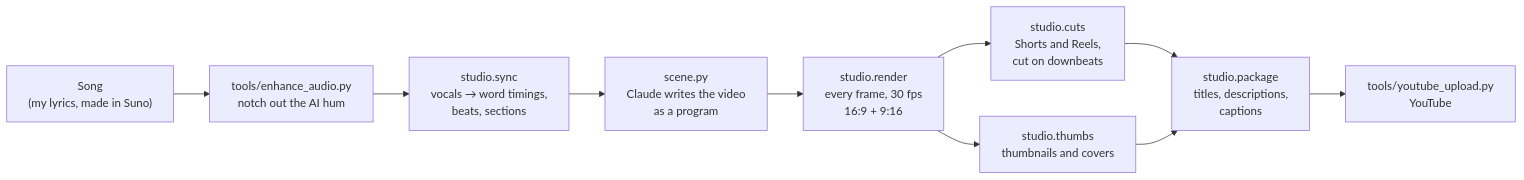
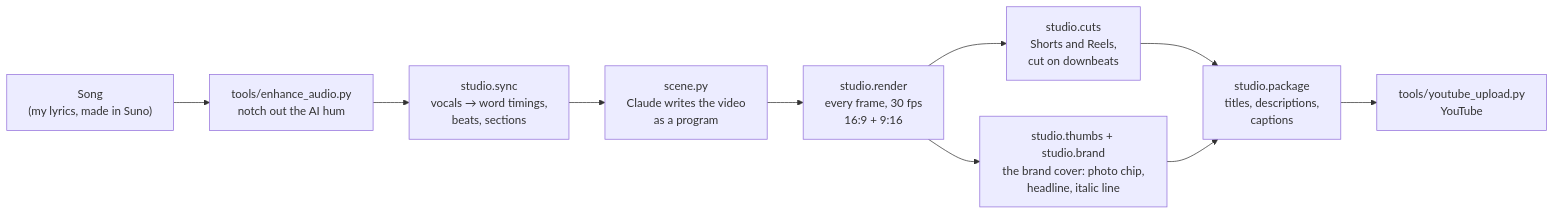
The diagram in README.md (aditazzz/Suno-YouTube-aditazzz-Music), drawn with Mermaid before and after one commit. The commit also changed other lines of this file and 35 other files, not shown here.

First line of the commit message:
Please Hold, and the brand cover as the pipeline's thumbnail step

````diff
--- a/README.md
+++ b/README.md
@@ -22,12 +22,12 @@
 ```mermaid
 flowchart LR
     A["Song<br>(my lyrics, made in Suno)"] --> A2["tools/enhance_audio.py<br>notch out the AI hum"]
     A2 --> B["studio.sync<br>vocals → word timings,<br>beats, sections"]
     B --> C["scene.py<br>Claude writes the video<br>as a program"]
     C --> D["studio.render<br>every frame, 30 fps<br>16:9 + 9:16"]
     D --> E["studio.cuts<br>Shorts and Reels,<br>cut on downbeats"]
-    D --> F["studio.thumbs<br>thumbnails and covers"]
+    D --> F["studio.thumbs + studio.brand<br>the brand cover: photo chip,<br>headline, italic line"]
     E --> G["studio.package<br>titles, descriptions,<br>captions"]
     F --> G
     G --> H["tools/youtube_upload.py<br>YouTube"]
 ```
````
